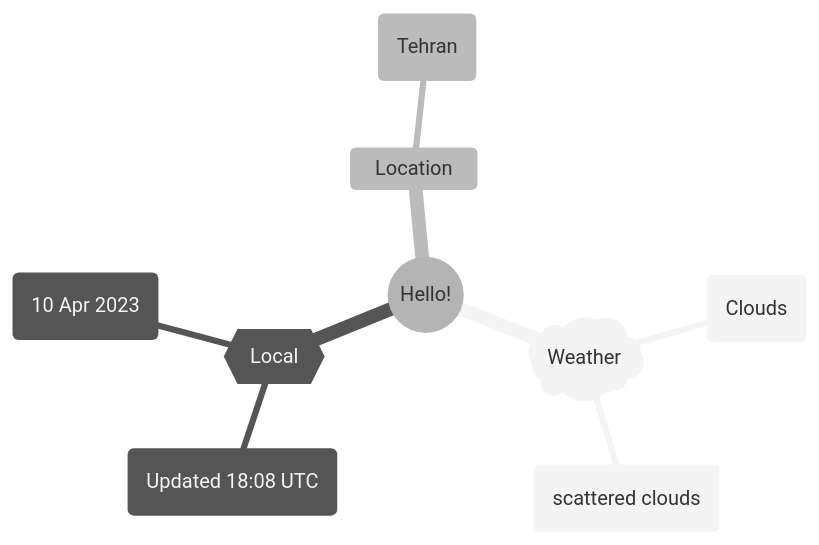
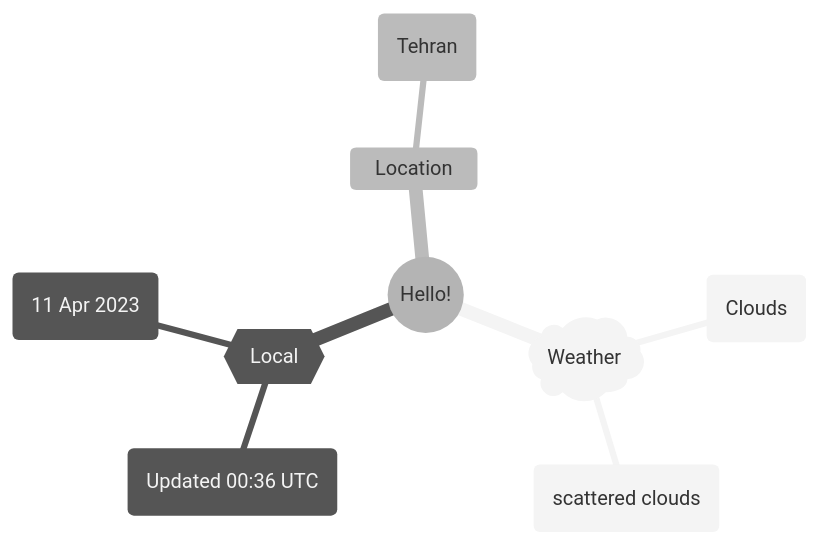
One commit to Xosrov/Xosrov changed the first of 2 diagrams in README.md. Above: the diagram before and after it, drawn with Mermaid (neutral theme).

Commit message:
[bot] updated images

````diff
--- a/README.md
+++ b/README.md
@@ -3,12 +3,12 @@
 ```mermaid
 mindmap
   root((Hello!))
     )Weather(
         (Clouds)
         (scattered clouds)
     {{Local}}
-        (Updated 18:08 UTC)
-        (10 Apr 2023)
+        (Updated 00:36 UTC)
+        (11 Apr 2023)
     Location
         (Tehran)
 ```
````
